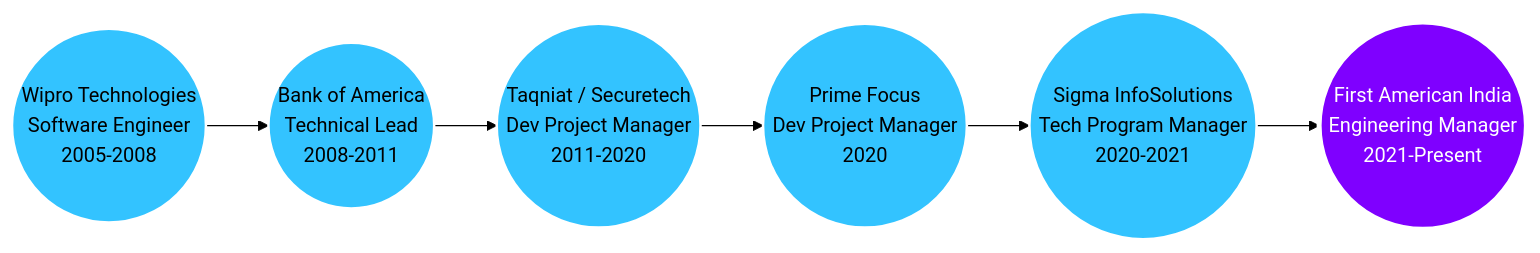
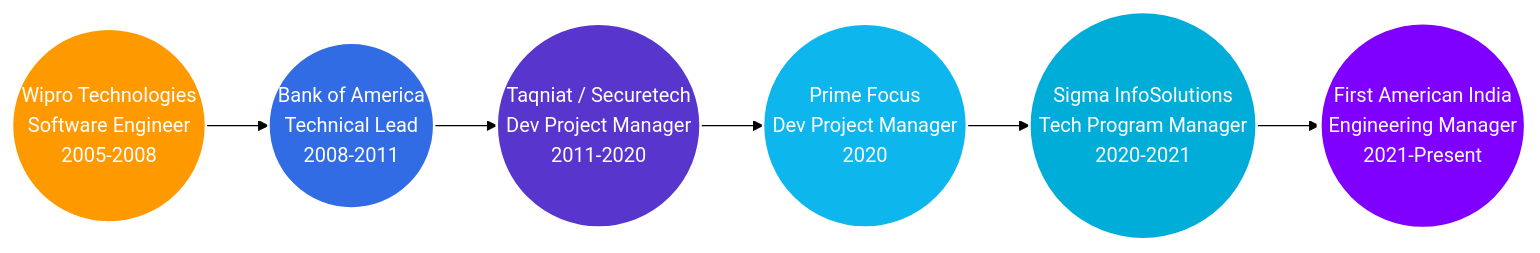
One commit to dilipsamanta/dilipsamanta changed the diagram in README.md. Above: the diagram before and after it, drawn with Mermaid (forest theme).

Commit message:
Update work experience flowchart to use distinct colors for each node

````diff
--- a/README.md
+++ b/README.md
@@ -20,15 +20,15 @@
 ```mermaid
 graph LR
     A((Wipro Technologies<br/>Software Engineer<br/>2005-2008)) --> B((Bank of America<br/>Technical Lead<br/>2008-2011))
     B --> C((Taqniat / Securetech<br/>Dev Project Manager<br/>2011-2020))
     C --> D((Prime Focus<br/>Dev Project Manager<br/>2020))
     D --> E((Sigma InfoSolutions<br/>Tech Program Manager<br/>2020-2021))
     E --> F((First American India<br/>Engineering Manager<br/>2021-Present))
 
-    style A fill:#33c3ff,stroke:#fff,stroke-width:2px,color:#000
-    style B fill:#33c3ff,stroke:#fff,stroke-width:2px,color:#000
-    style C fill:#33c3ff,stroke:#fff,stroke-width:2px,color:#000
-    style D fill:#33c3ff,stroke:#fff,stroke-width:2px,color:#000
-    style E fill:#33c3ff,stroke:#fff,stroke-width:2px,color:#000
+    style A fill:#FF9900,stroke:#fff,stroke-width:2px,color:#fff
+    style B fill:#326ce5,stroke:#fff,stroke-width:2px,color:#fff
+    style C fill:#5835CC,stroke:#fff,stroke-width:2px,color:#fff
+    style D fill:#0db7ed,stroke:#fff,stroke-width:2px,color:#fff
+    style E fill:#00ADD8,stroke:#fff,stroke-width:2px,color:#fff
     style F fill:#7f00ff,stroke:#fff,stroke-width:4px,color:#fff
 ```
````
